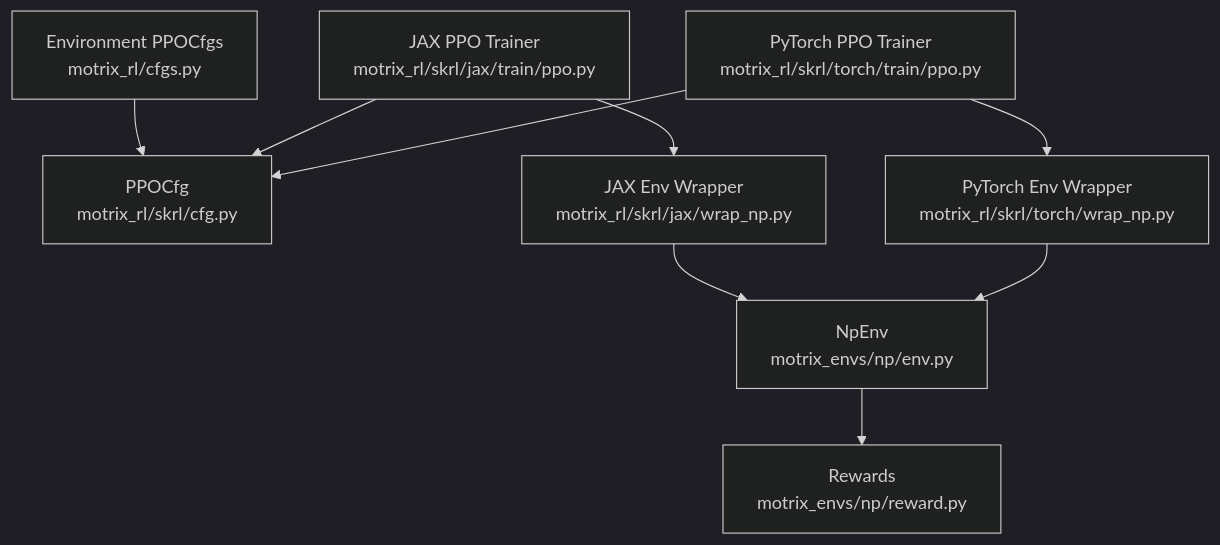
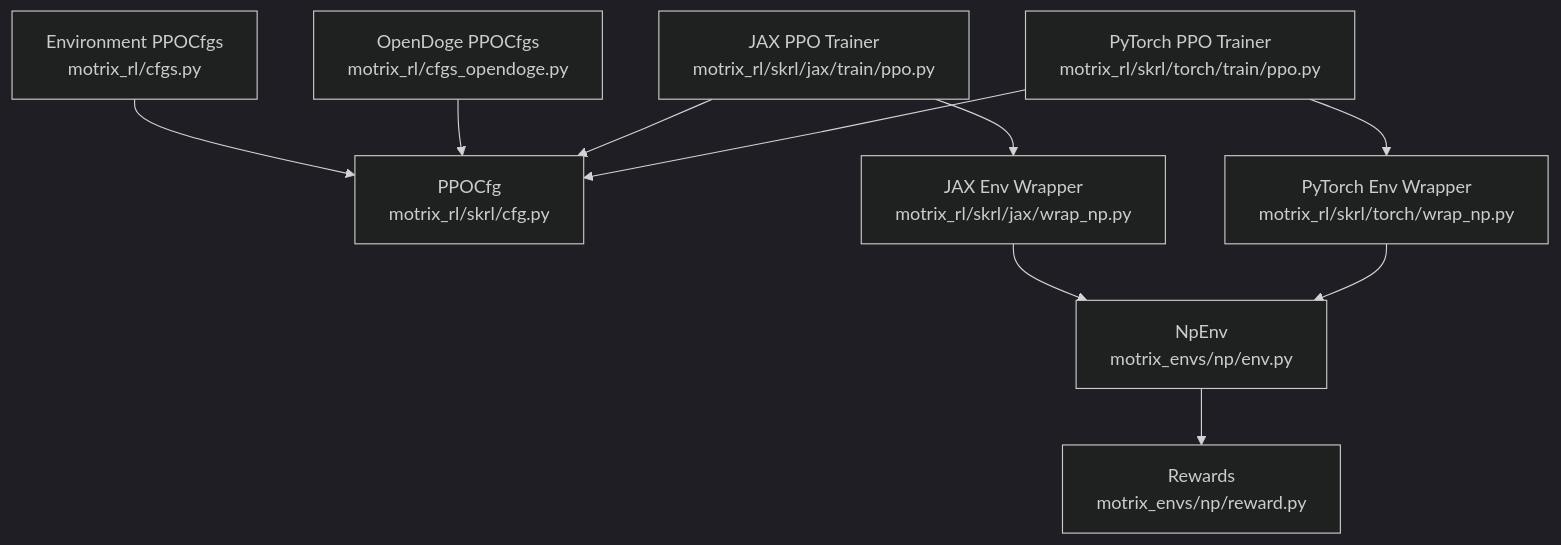
The sixth of 6 diagrams in .qoder/repowiki/en/content/Training Framework Integration/PPO Training Implementation.md (jayjayhust/MotrixLab), drawn with Mermaid (dark theme) before and after one commit. The commit also changed other lines of this file and 8 other files, not shown here.

````diff
--- a/.qoder/repowiki/en/content/Training Framework Integration/PPO Training Implementation.md
+++ b/.qoder/repowiki/en/content/Training Framework Integration/PPO Training Implementation.md
@@ -411,19 +438,21 @@
 ```mermaid
 graph TB
 CFG["PPOCfg<br/>motrix_rl/skrl/cfg.py"]
 ECFG["Environment PPOCfgs<br/>motrix_rl/cfgs.py"]
+ODCFG["OpenDoge PPOCfgs<br/>motrix_rl/cfgs_opendoge.py"]
 JAXP["JAX PPO Trainer<br/>motrix_rl/skrl/jax/train/ppo.py"]
 TORCHP["PyTorch PPO Trainer<br/>motrix_rl/skrl/torch/train/ppo.py"]
 JAXW["JAX Env Wrapper<br/>motrix_rl/skrl/jax/wrap_np.py"]
 TORCHW["PyTorch Env Wrapper<br/>motrix_rl/skrl/torch/wrap_np.py"]
 ENV["NpEnv<br/>motrix_envs/np/env.py"]
 REW["Rewards<br/>motrix_envs/np/reward.py"]
 ECFG --> CFG
+ODCFG --> CFG
 JAXP --> CFG
 TORCHP --> CFG
 JAXP --> JAXW
 TORCHP --> TORCHW
 JAXW --> ENV
 TORCHW --> ENV
 ENV --> REW
 ```
````
